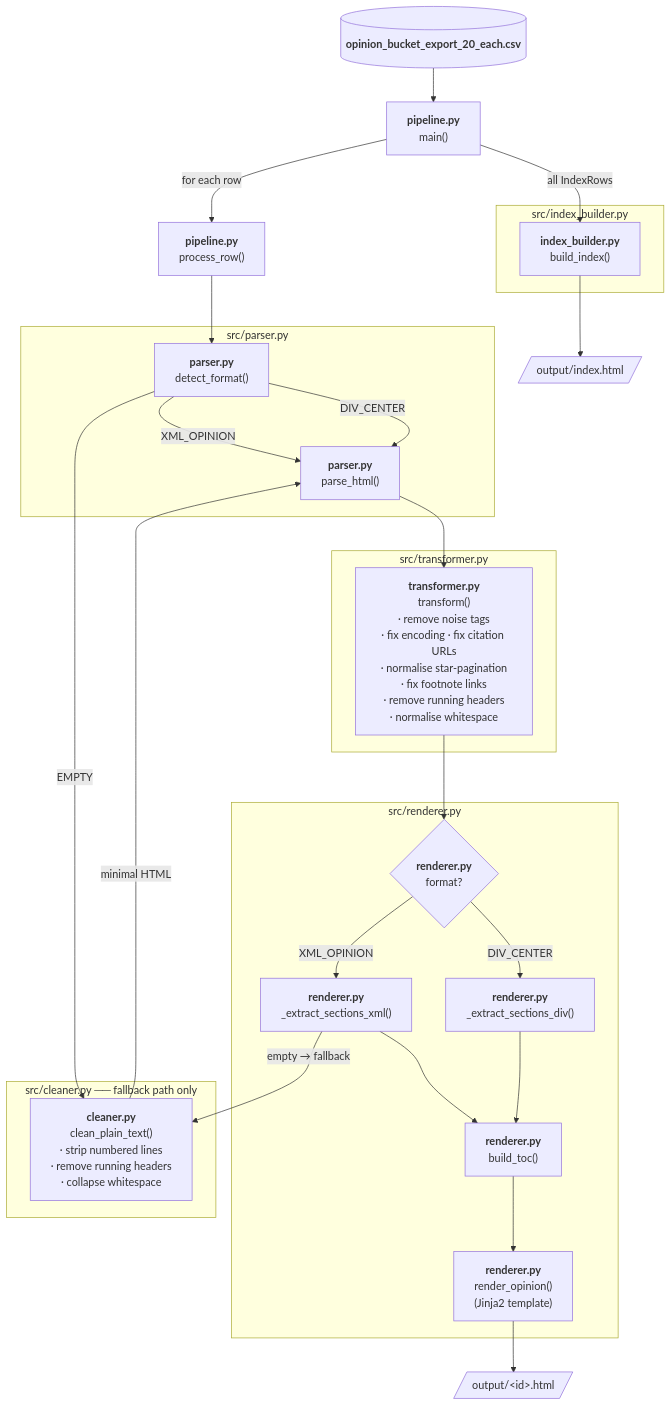
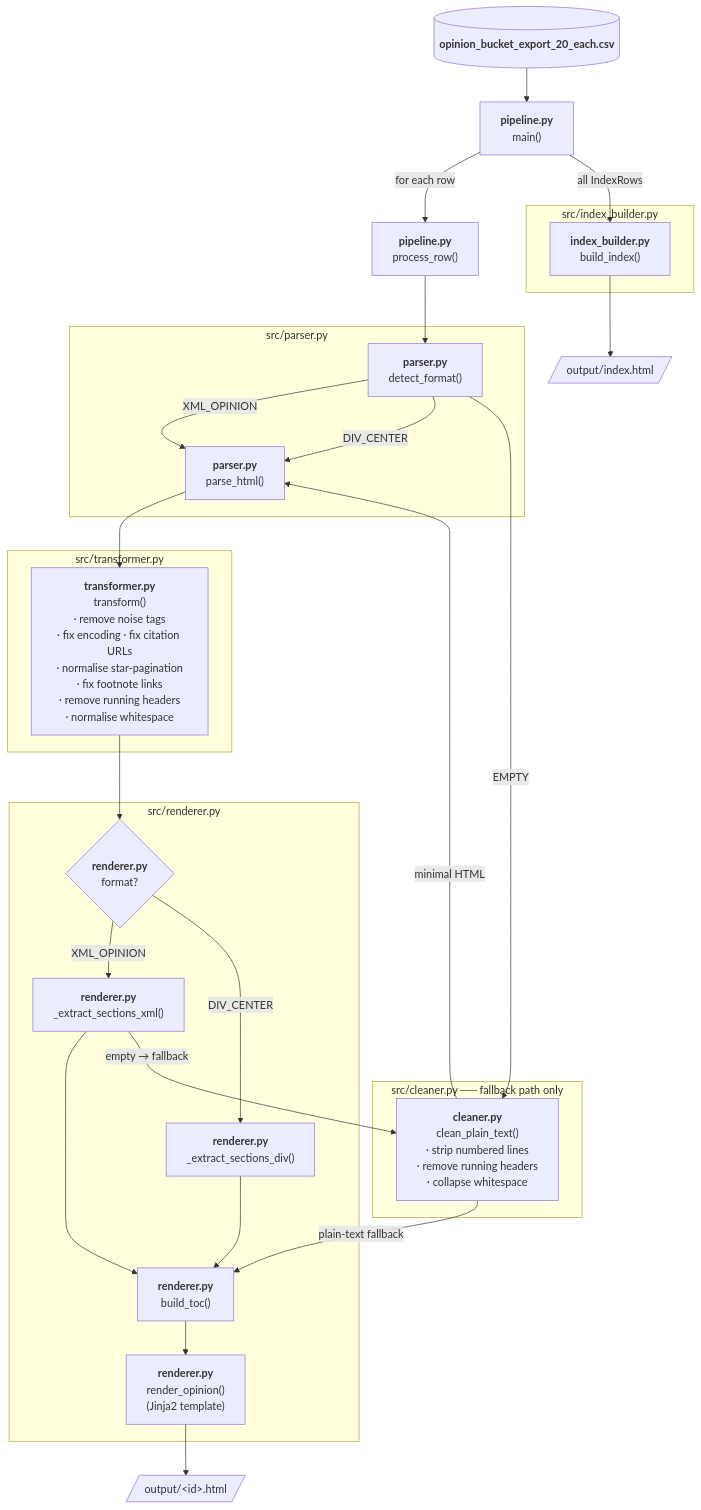
Before and after one commit to huang-pan/takehome_ag: the diagram in README.md, drawn with Mermaid.

Commit message:
update mermaid diagram

````diff
--- a/README.md
+++ b/README.md
@@ -159,75 +159,76 @@
 ```mermaid
 flowchart TD
     CSV[("`**opinion_bucket_export_20_each.csv**`")]
     CLI["`**pipeline.py**
 main()`"]
     PR["`**pipeline.py**
 process_row()`"]
 
     subgraph parser ["src/parser.py"]
         DF["`**parser.py**
 detect_format()`"]
         PH["`**parser.py**
 parse_html()`"]
     end
 
     subgraph transformer ["src/transformer.py"]
         TR["`**transformer.py**
 transform()
 · remove noise tags
 · fix encoding · fix citation URLs
 · normalise star-pagination
 · fix footnote links
 · remove running headers
 · normalise whitespace`"]
     end
 
     subgraph renderer ["src/renderer.py"]
         EX{"`**renderer.py**
 format?`"}
         EX_XML["`**renderer.py**
 _extract_sections_xml()`"]
         EX_DIV["`**renderer.py**
 _extract_sections_div()`"]
         TOC["`**renderer.py**
 build_toc()`"]
         REN["`**renderer.py**
 render_opinion()
 (Jinja2 template)`"]
     end
 
     subgraph cleaner ["src/cleaner.py  ── fallback path only"]
         CL["`**cleaner.py**
 clean_plain_text()
 · strip numbered lines
 · remove running headers
 · collapse whitespace`"]
     end
 
     subgraph index_builder ["src/index_builder.py"]
         BI["`**index_builder.py**
 build_index()`"]
     end
 
     OUT_HTML[/"`output/&lt;id&gt;.html`"/]
     OUT_IDX[/"`output/index.html`"/]
 
     CSV --> CLI
     CLI -->|"for each row"| PR
     PR --> DF
     DF -->|"XML_OPINION"| PH
     DF -->|"DIV_CENTER"| PH
     DF -->|"EMPTY"| CL
     CL -->|"minimal HTML"| PH
     PH --> TR
     TR --> EX
     EX -->|"XML_OPINION"| EX_XML
     EX -->|"DIV_CENTER"| EX_DIV
     EX_XML --> TOC
     EX_DIV --> TOC
+    CL -->|"plain-text fallback"| TOC
     EX_XML -->|"empty → fallback"| CL
     TOC --> REN
     REN --> OUT_HTML
     CLI -->|"all IndexRows"| BI
     BI --> OUT_IDX
 ```
````
